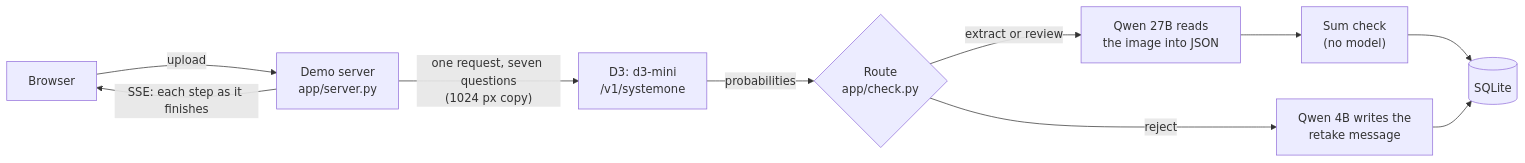
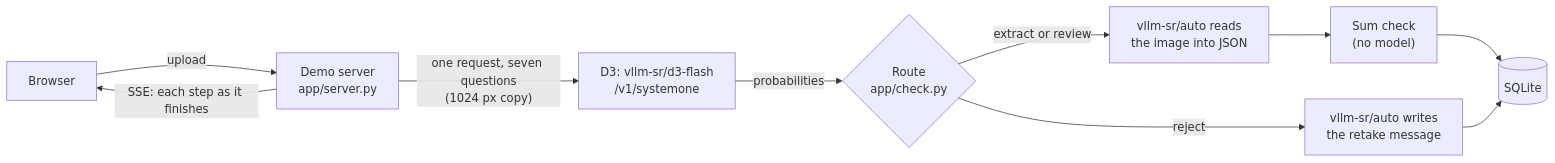
Before and after one commit to madhusoodhans/receipt-validator-demo: the diagram in README.md, drawn with Mermaid. The commit also changed other lines of this file and 5 other files, not shown here.

First line of the commit message:
Docs and Space image for the hosted vllm-sr API

````diff
--- a/README.md
+++ b/README.md
@@ -14,11 +18,11 @@
 ```mermaid
 flowchart LR
     B["Browser"] -->|upload| S["Demo server<br/>app/server.py"]
-    S -->|"one request, seven questions<br/>(1024 px copy)"| D3["D3: d3-mini<br/>/v1/systemone"]
+    S -->|"one request, seven questions<br/>(1024 px copy)"| D3["D3: vllm-sr/d3-flash<br/>/v1/systemone"]
     D3 -->|probabilities| R{"Route<br/>app/check.py"}
-    R -->|"extract or review"| X["Qwen 27B reads<br/>the image into JSON"]
-    R -->|reject| M["Qwen 4B writes the<br/>retake message"]
+    R -->|"extract or review"| X["vllm-sr/auto reads<br/>the image into JSON"]
+    R -->|reject| M["vllm-sr/auto writes<br/>the retake message"]
     X --> SUM["Sum check<br/>(no model)"] --> DB[("SQLite")]
     M --> DB
     S -->|"SSE: each step as it finishes"| B
 ```
````
